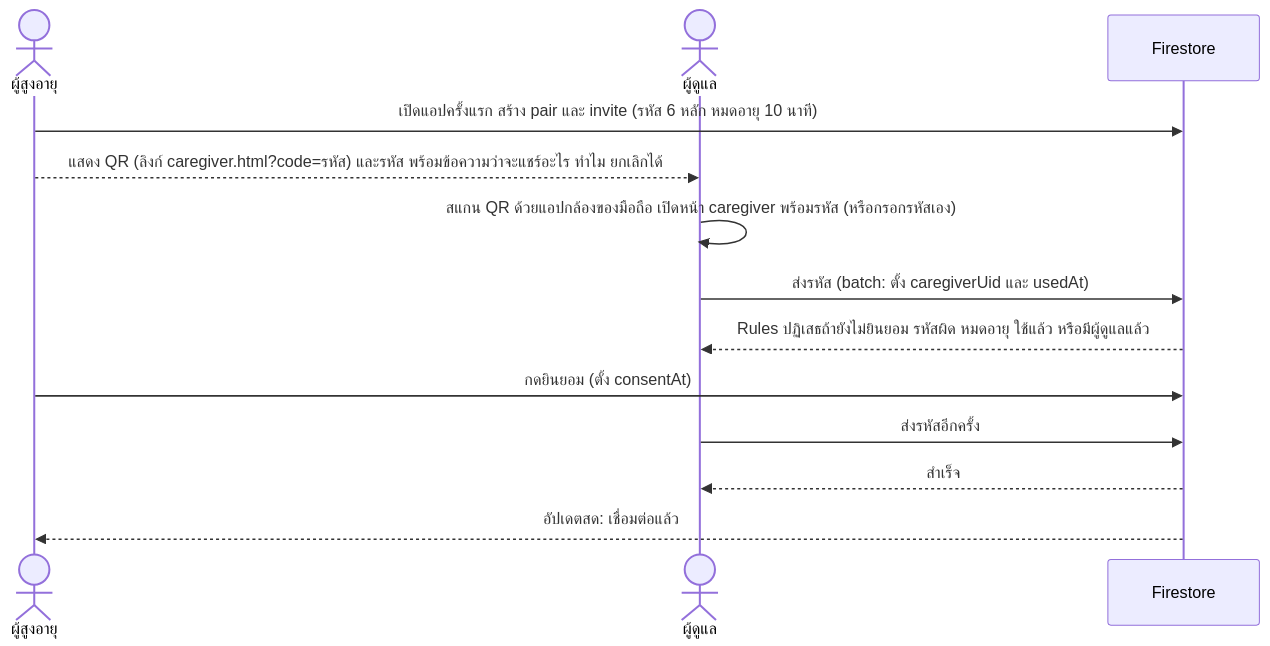
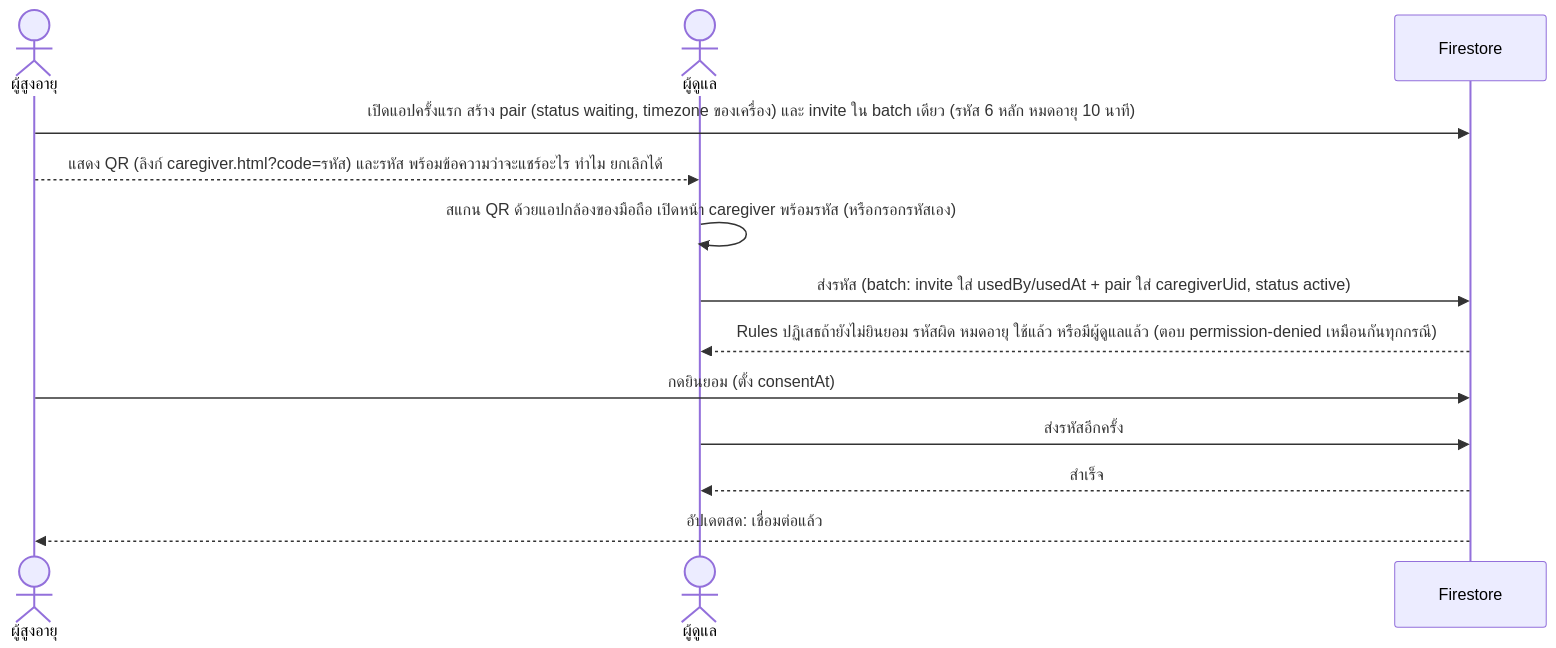
One commit to yaroo393-png/MedMind changed the fourth of 7 diagrams in docs/03-design/architecture.md. Above: the diagram before and after it, drawn with Mermaid. The commit also changed other lines of this file and 8 other files, not shown here.

Commit message:
docs: refine core architecture, data contract, and security rules for Increment 1

````diff
--- a/docs/03-design/architecture.md
+++ b/docs/03-design/architecture.md
@@ -181,15 +305,15 @@
 ```mermaid
 sequenceDiagram
   actor S as ผู้สูงอายุ
   actor C as ผู้ดูแล
   participant FS as Firestore
-  S->>FS: เปิดแอปครั้งแรก สร้าง pair และ invite (รหัส 6 หลัก หมดอายุ 10 นาที)
+  S->>FS: เปิดแอปครั้งแรก สร้าง pair (status waiting, timezone ของเครื่อง) และ invite ใน batch เดียว (รหัส 6 หลัก หมดอายุ 10 นาที)
   S-->>C: แสดง QR (ลิงก์ caregiver.html?code=รหัส) และรหัส พร้อมข้อความว่าจะแชร์อะไร ทำไม ยกเลิกได้
   C->>C: สแกน QR ด้วยแอปกล้องของมือถือ เปิดหน้า caregiver พร้อมรหัส (หรือกรอกรหัสเอง)
-  C->>FS: ส่งรหัส (batch: ตั้ง caregiverUid และ usedAt)
-  FS-->>C: Rules ปฏิเสธถ้ายังไม่ยินยอม รหัสผิด หมดอายุ ใช้แล้ว หรือมีผู้ดูแลแล้ว
+  C->>FS: ส่งรหัส (batch: invite ใส่ usedBy/usedAt + pair ใส่ caregiverUid, status active)
+  FS-->>C: Rules ปฏิเสธถ้ายังไม่ยินยอม รหัสผิด หมดอายุ ใช้แล้ว หรือมีผู้ดูแลแล้ว (ตอบ permission-denied เหมือนกันทุกกรณี)
   S->>FS: กดยินยอม (ตั้ง consentAt)
   C->>FS: ส่งรหัสอีกครั้ง
   FS-->>C: สำเร็จ
   FS-->>S: อัปเดตสด: เชื่อมต่อแล้ว
 ```
````
